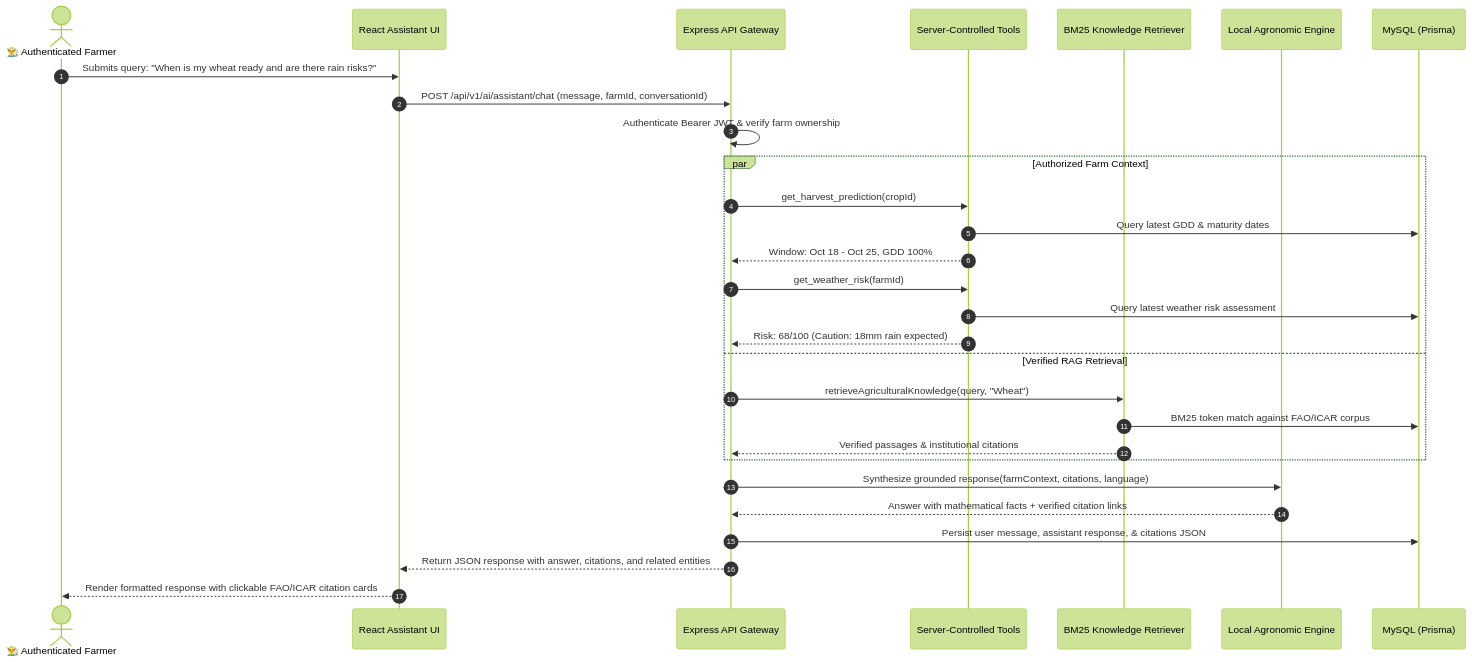
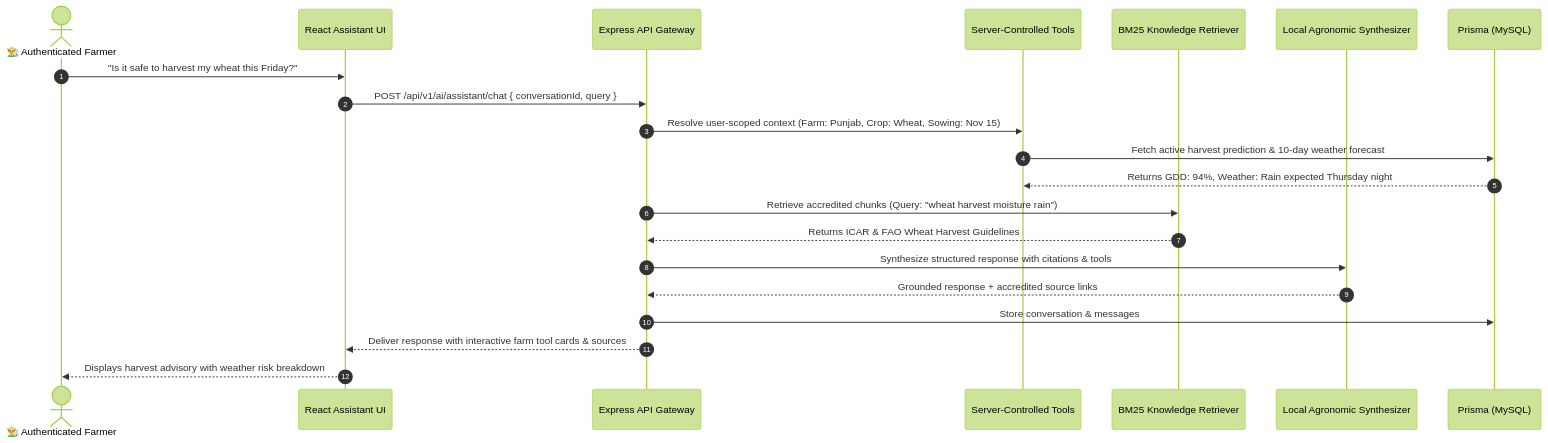
Before and after one commit to DhruvPathak767/HarvestWindow: the second of 4 diagrams in README.md, drawn with Mermaid (forest theme). The commit also changed other lines of this file and 7 other files, not shown here.

````diff
--- a/README.md
+++ b/README.md
@@ -143,34 +302,24 @@
 ```mermaid
 sequenceDiagram
     autonumber
     actor Farmer as 👨‍🌾 Authenticated Farmer
     participant UI as React Assistant UI
     participant Backend as Express API Gateway
     participant Tools as Server-Controlled Tools
     participant RAG as BM25 Knowledge Retriever
-    participant Synth as Local Agronomic Engine
-    participant DB as MySQL (Prisma)
+    participant Engine as Local Agronomic Synthesizer
+    participant DB as Prisma (MySQL)
 
-    Farmer->>UI: Submits query: "When is my wheat ready and are there rain risks?"
-    UI->>Backend: POST /api/v1/ai/assistant/chat (message, farmId, conversationId)
-    Backend->>Backend: Authenticate Bearer JWT & verify farm ownership
-    
-    par Authorized Farm Context
-        Backend->>Tools: get_harvest_prediction(cropId)
-        Tools->>DB: Query latest GDD & maturity dates
-        Tools-->>Backend: Window: Oct 18 - Oct 25, GDD 100%
-        Backend->>Tools: get_weather_risk(farmId)
-        Tools->>DB: Query latest weather risk assessment
-        Tools-->>Backend: Risk: 68/100 (Caution: 18mm rain expected)
-    and Verified RAG Retrieval
-        Backend->>RAG: retrieveAgriculturalKnowledge(query, "Wheat")
-        RAG->>DB: BM25 token match against FAO/ICAR corpus
-        RAG-->>Backend: Verified passages & institutional citations
-    end
-
-    Backend->>Synth: Synthesize grounded response(farmContext, citations, language)
-    Synth-->>Backend: Answer with mathematical facts + verified citation links
-    Backend->>DB: Persist user message, assistant response, & citations JSON
-    Backend-->>UI: Return JSON response with answer, citations, and related entities
-    UI-->>Farmer: Render formatted response with clickable FAO/ICAR citation cards
+    Farmer->>UI: "Is it safe to harvest my wheat this Friday?"
+    UI->>Backend: POST /api/v1/ai/assistant/chat { conversationId, query }
+    Backend->>Tools: Resolve user-scoped context (Farm: Punjab, Crop: Wheat, Sowing: Nov 15)
+    Tools->>DB: Fetch active harvest prediction & 10-day weather forecast
+    DB-->>Tools: Returns GDD: 94%, Weather: Rain expected Thursday night
+    Backend->>RAG: Retrieve accredited chunks (Query: "wheat harvest moisture rain")
+    RAG-->>Backend: Returns ICAR & FAO Wheat Harvest Guidelines
+    Backend->>Engine: Synthesize structured response with citations & tools
+    Engine-->>Backend: Grounded response + accredited source links
+    Backend->>DB: Store conversation & messages
+    Backend-->>UI: Deliver response with interactive farm tool cards & sources
+    UI-->>Farmer: Displays harvest advisory with weather risk breakdown
 ```
````
